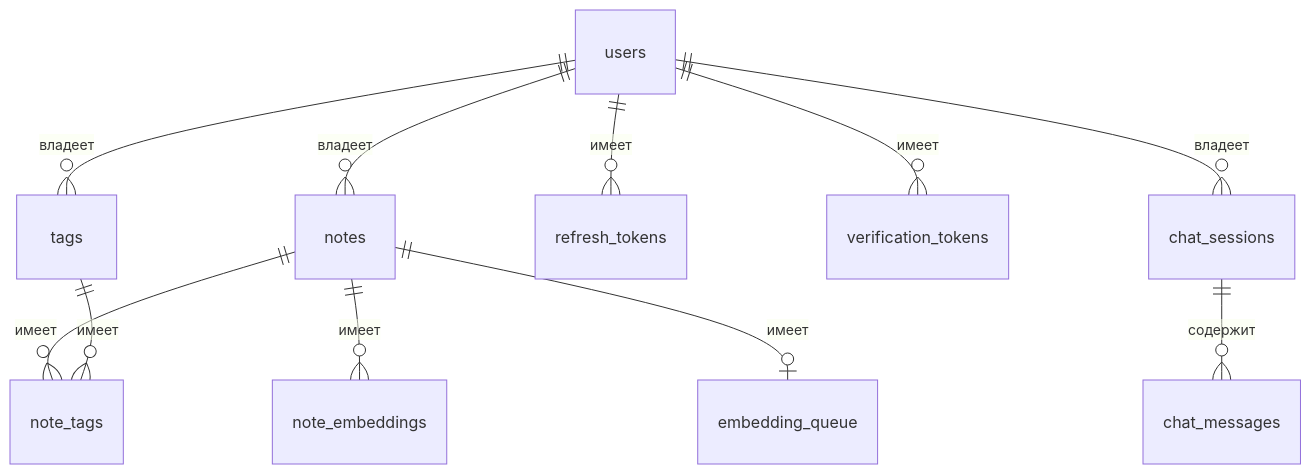
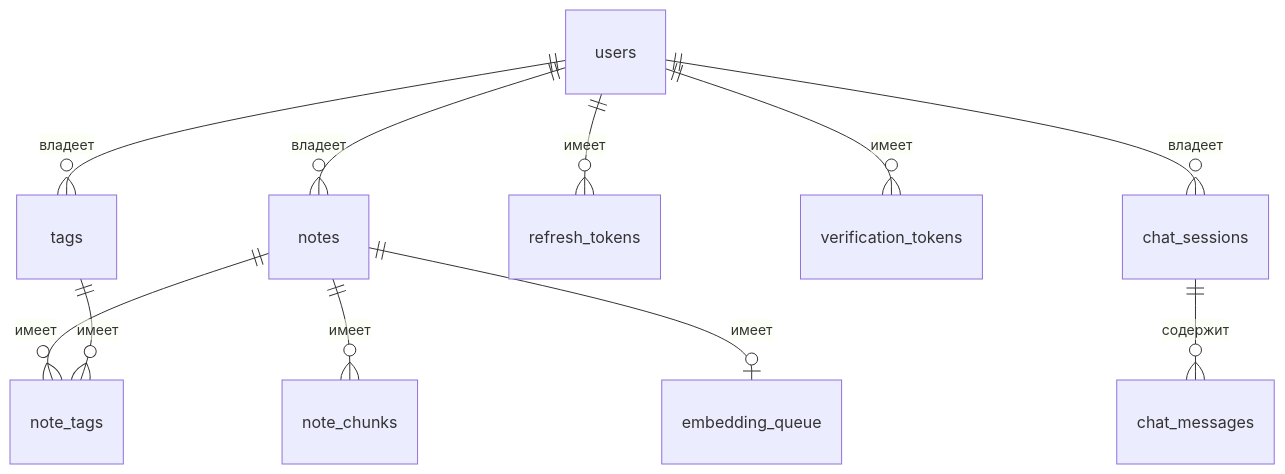
The fifth of 8 diagrams in docs/SAD.md (CaseyJohnson-RS/Nocturn), drawn with Mermaid before and after one commit. The commit also changed other lines of this file and 3 other files, not shown here.

````diff
--- a/docs/SAD.md
+++ b/docs/SAD.md
@@ -302,13 +310,13 @@
 ```mermaid
 erDiagram
     users ||--o{ notes : "владеет"
     users ||--o{ tags : "владеет"
     users ||--o{ refresh_tokens : "имеет"
     users ||--o{ verification_tokens : "имеет"
     users ||--o{ chat_sessions : "владеет"
     notes ||--o{ note_tags : "имеет"
     tags ||--o{ note_tags : "имеет"
-    notes ||--o{ note_embeddings : "имеет"
+    notes ||--o{ note_chunks : "имеет"
     notes ||--o| embedding_queue : "имеет"
     chat_sessions ||--o{ chat_messages : "содержит"
 ```
````
